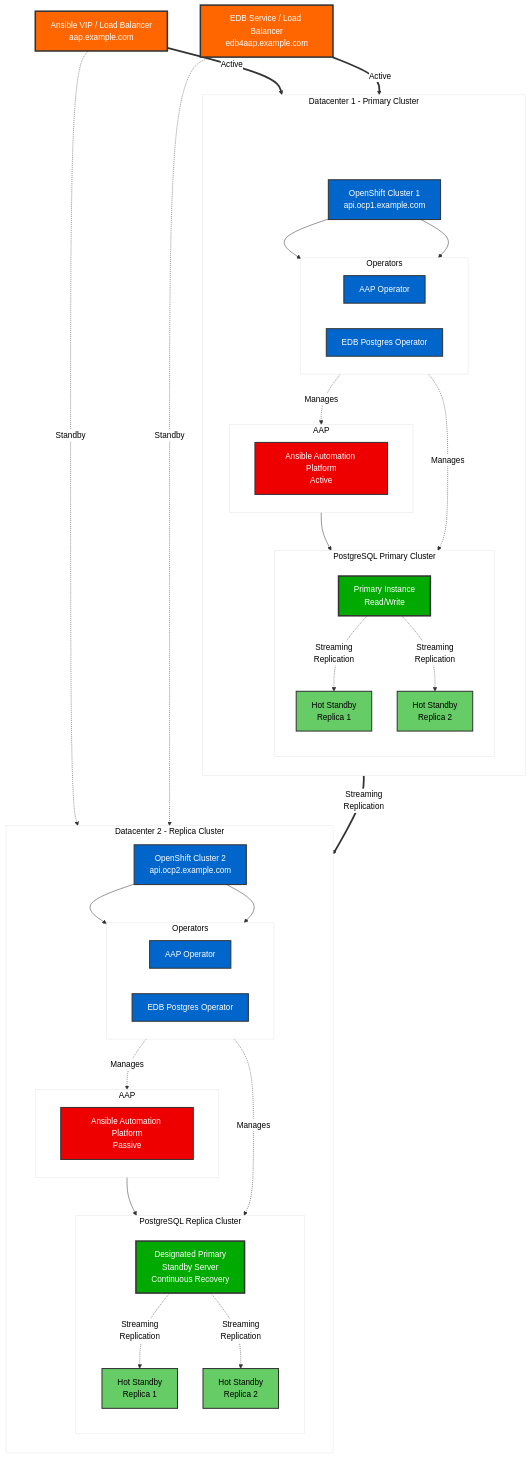
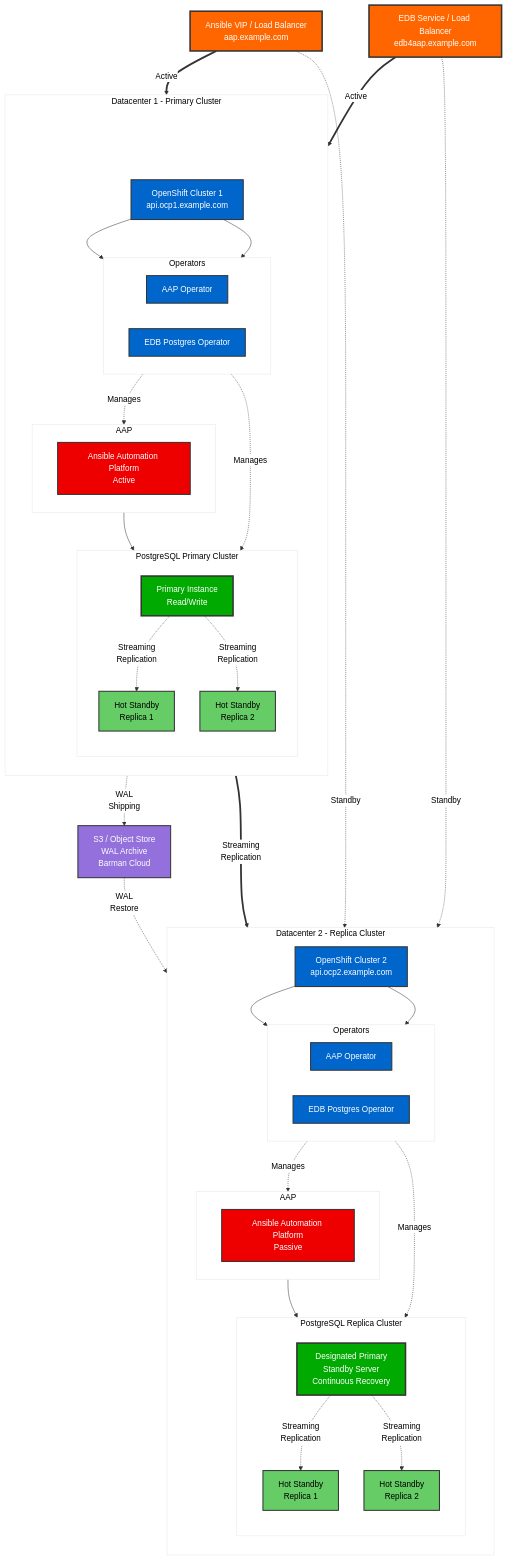
One commit to Red-Hat-EnterpriseDB-Testing/EDB_Testing changed the diagram in README.md. Above: the diagram before and after it, drawn with Mermaid. The commit also changed other lines of this file and 2 other files, not shown here.

First line of the commit message:
Validate and align architecture with EDB CloudNativePG documentation

````diff
--- a/README.md
+++ b/README.md
@@ -11,6 +11,7 @@
 graph TB
     Users["Ansible VIP / Load Balancer<br/>aap.example.com"]
     VIP1["EDB Service / Load Balancer<br/>edb4aap.example.com"]
+    S3["S3 / Object Store<br/>WAL Archive<br/>Barman Cloud"]
 
     subgraph DC2["Datacenter 2 - Replica Cluster"]
         direction TB
@@ -78,6 +79,8 @@
     end
     
     PG_PRIMARY ==Streaming<br/>Replication==> PG_DESIGNATED
+    PG_PRIMARY -.WAL<br/>Shipping.-> S3
+    S3 -.WAL<br/>Restore.-> PG_DESIGNATED
     
     Users ==Active==> AAP1
     Users -.Standby.-> AAP2
@@ -90,6 +93,7 @@
     classDef dbDesignatedStyle fill:#00aa00,stroke:#333,stroke-width:3px,color:#fff
     classDef dbStandbyStyle fill:#66cc66,stroke:#333,stroke-width:2px,color:#000
     classDef vipStyle fill:#ff6600,stroke:#333,stroke-width:3px,color:#fff
+    classDef storageStyle fill:#9370db,stroke:#333,stroke-width:2px,color:#fff
     classDef invisibleStyle fill:none,stroke:none,color:transparent
     
     class AAP1,AAP2 aapStyle
@@ -98,5 +102,6 @@
     class PG_DESIGNATED dbDesignatedStyle
     class PG_STANDBY1,PG_STANDBY2,PG_STANDBY3,PG_STANDBY4 dbStandbyStyle
     class VIP1,Users vipStyle
+    class S3 storageStyle
     class DC1_SPACE1,DC1_SPACE2,DC1_SPACE3 invisibleStyle
 ```
````
